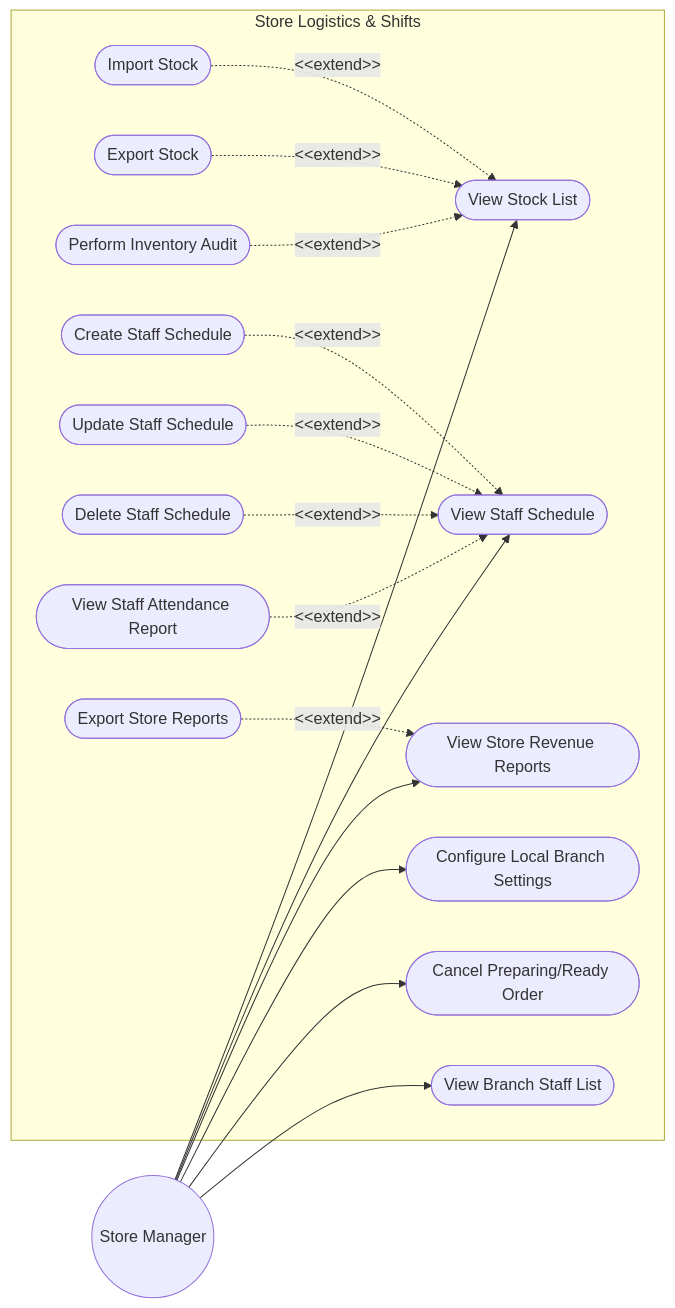
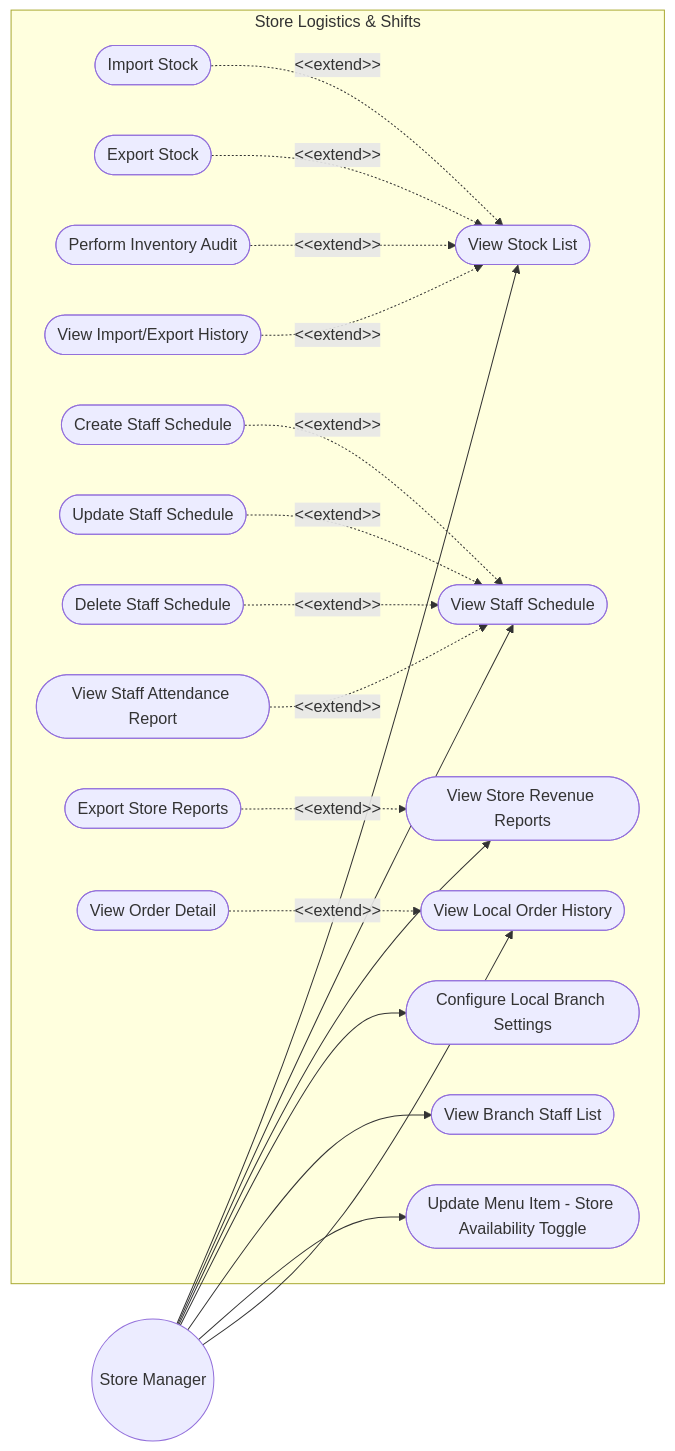
One commit to Shaichi/Khoga_coffe_shop changed the fourth of 6 diagrams in sections/02_user_requirements.md. Above: the diagram before and after it, drawn with Mermaid. The commit also changed other lines of this file and 45 other files, not shown here.

````diff
--- a/sections/02_user_requirements.md
+++ b/sections/02_user_requirements.md
@@ -168,48 +177,57 @@
 ```mermaid
 graph LR
     %% Actors
     Actor_Manager((Store Manager))
 
     %% Use Cases
     subgraph Store Logistics & Shifts
         UC_ListStock([View Stock List])
         UC_ImportStock([Import Stock])
         UC_ExportStock([Export Stock])
         UC_AuditStock([Perform Inventory Audit])
+        UC_ViewHistory([View Import/Export History])
 
         UC_ViewSchedule([View Staff Schedule])
         UC_CreateSchedule([Create Staff Schedule])
         UC_UpdateSchedule([Update Staff Schedule])
         UC_DeleteSchedule([Delete Staff Schedule])
         UC_ViewAttendance([View Staff Attendance Report])
 
         UC_ViewRevStore([View Store Revenue Reports])
         UC_ExportStoreRev([Export Store Reports])
         
         UC_ConfigBranch([Configure Local Branch Settings])
-        UC_ApproveOverride([Cancel Preparing/Ready Order])
         UC_ViewStaffList([View Branch Staff List])
+        UC_UpdateMenu([Update Menu Item - Store Availability Toggle])
+
+        UC_ViewLocalHistory([View Local Order History])
+        UC_ViewOrderDetail([View Order Detail])
     end
 
     %% Connections
     Actor_Manager --> UC_ListStock
     Actor_Manager --> UC_ViewSchedule
     Actor_Manager --> UC_ViewRevStore
     Actor_Manager --> UC_ConfigBranch
-    Actor_Manager --> UC_ApproveOverride
     Actor_Manager --> UC_ViewStaffList
+    Actor_Manager --> UC_UpdateMenu
+    Actor_Manager --> UC_ViewLocalHistory
 
     %% Stock extends
     UC_ImportStock -.-> |"&lt;&lt;extend&gt;&gt;"| UC_ListStock
     UC_ExportStock -.-> |"&lt;&lt;extend&gt;&gt;"| UC_ListStock
     UC_AuditStock -.-> |"&lt;&lt;extend&gt;&gt;"| UC_ListStock
+    UC_ViewHistory -.-> |"&lt;&lt;extend&gt;&gt;"| UC_ListStock
 
     %% Schedule extends
     UC_CreateSchedule -.-> |"&lt;&lt;extend&gt;&gt;"| UC_ViewSchedule
     UC_UpdateSchedule -.-> |"&lt;&lt;extend&gt;&gt;"| UC_ViewSchedule
     UC_DeleteSchedule -.-> |"&lt;&lt;extend&gt;&gt;"| UC_ViewSchedule
     UC_ViewAttendance -.-> |"&lt;&lt;extend&gt;&gt;"| UC_ViewSchedule
 
     %% Revenue extends
     UC_ExportStoreRev -.-> |"&lt;&lt;extend&gt;&gt;"| UC_ViewRevStore
+
+    %% Order detail extends
+    UC_ViewOrderDetail -.-> |"&lt;&lt;extend&gt;&gt;"| UC_ViewLocalHistory
 ```
````
